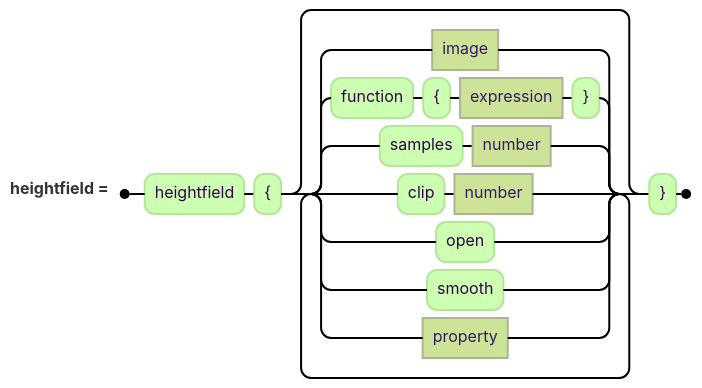
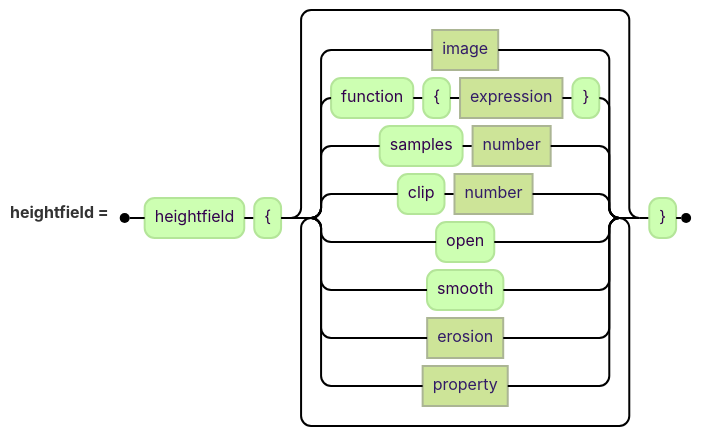
One commit to jskress/RayTracer changed the diagram in docs/diagrams/advanced/heightFieldClause.mmd. Above: the diagram before and after it, drawn with Mermaid (forest theme). The commit also changed 39 other files, not shown here.

```diff
--- a/docs/diagrams/advanced/heightFieldClause.mmd
+++ b/docs/diagrams/advanced/heightFieldClause.mmd
@@ -1,5 +1,5 @@
 railroad-ebnf-beta
 title "A height field"
 
 heightfield = "heightfield" "{" { image | "function" "{" expression "}" | "samples" number
-            | "clip" number | "open" | "smooth" | property } "}" ;
+            | "clip" number | "open" | "smooth" | erosion | property } "}" ;
```
